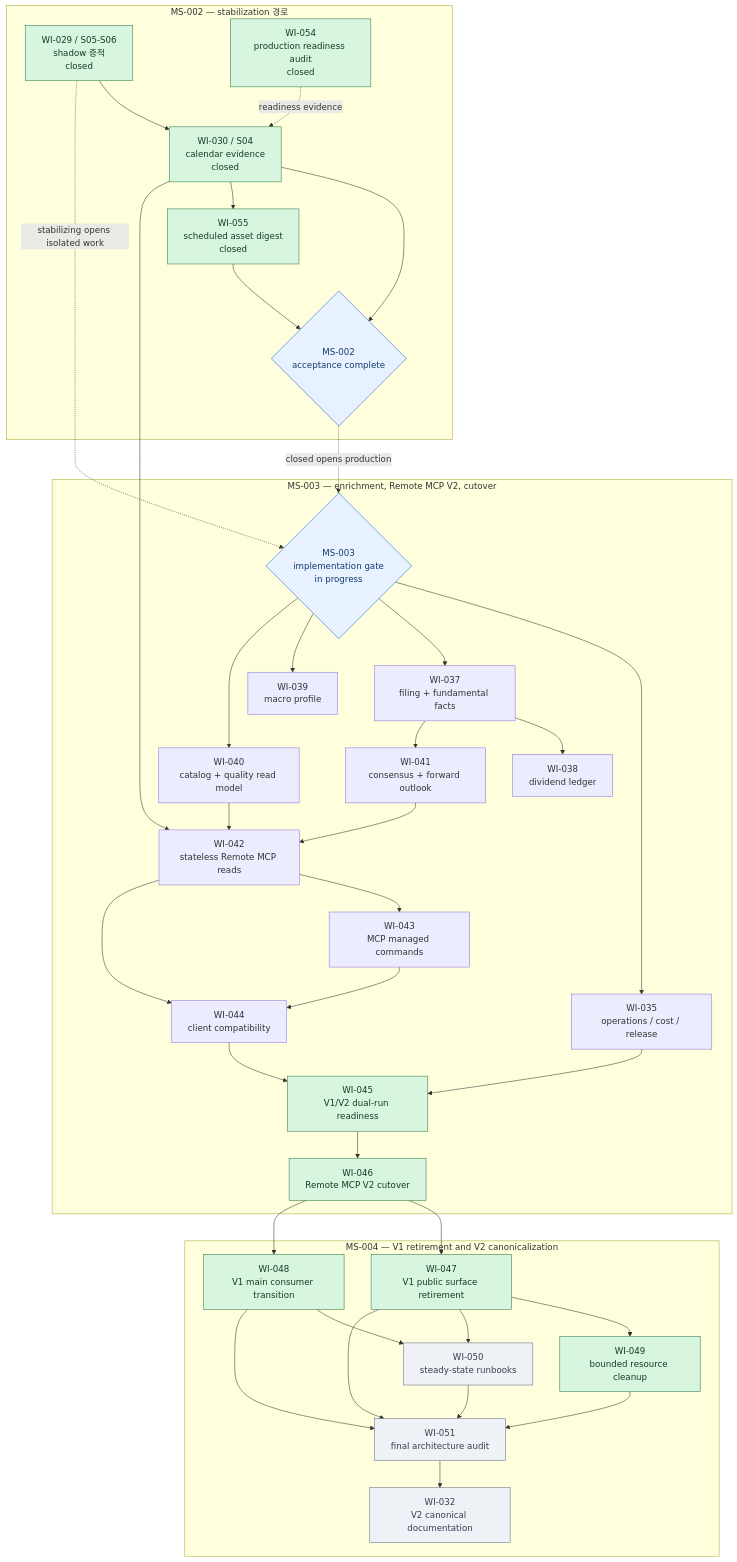
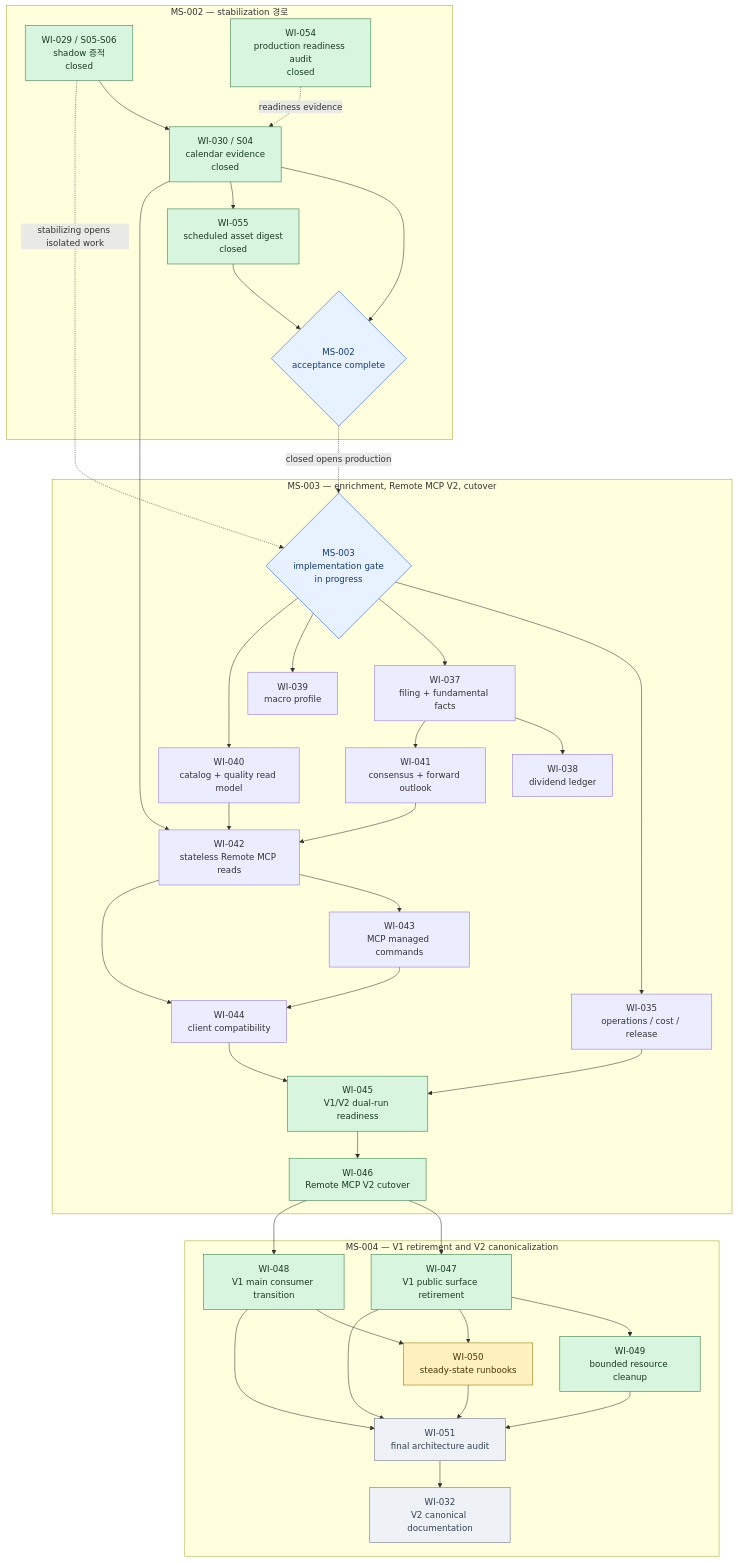
The third of 3 diagrams in docs/milestones/README.md (meringue5/KIS_Portfolio_MCP), drawn with Mermaid before and after one commit. The commit also changed other lines of this file and 3 other files, not shown here.

````diff
--- a/docs/milestones/README.md
+++ b/docs/milestones/README.md
@@ -142,80 +142,81 @@
 ```mermaid
 flowchart TB
     subgraph M2["MS-002 — stabilization 경로"]
         W29["WI-029 / S05-S06<br/>shadow 증적<br/>closed"]
         W30["WI-030 / S04<br/>calendar evidence<br/>closed"]
         W54["WI-054<br/>production readiness audit<br/>closed"]
         W55["WI-055<br/>scheduled asset digest<br/>closed"]
         M2DONE{"MS-002<br/>acceptance complete"}
         W29 --> W30 --> M2DONE
         W30 --> W55 --> M2DONE
         W54 -. readiness evidence .-> W30
     end
 
     subgraph M3["MS-003 — enrichment, Remote MCP V2, cutover"]
         M3OPEN{"MS-003<br/>implementation gate<br/>in progress"}
         W35["WI-035<br/>operations / cost / release"]
         W37["WI-037<br/>filing + fundamental facts"]
         W38["WI-038<br/>dividend ledger"]
         W39["WI-039<br/>macro profile"]
         W40["WI-040<br/>catalog + quality read model"]
         W41["WI-041<br/>consensus + forward outlook"]
         W42["WI-042<br/>stateless Remote MCP reads"]
         W43["WI-043<br/>MCP managed commands"]
         W44["WI-044<br/>client compatibility"]
         W45["WI-045<br/>V1/V2 dual-run readiness"]
         W46["WI-046<br/>Remote MCP V2 cutover"]
 
         M3OPEN --> W35
         M3OPEN --> W37
         M3OPEN --> W39
         M3OPEN --> W40
         W37 --> W38
         W37 --> W41
         W30 --> W42
         W40 --> W42
         W41 --> W42
         W42 --> W43
         W42 --> W44
         W43 --> W44
         W35 --> W45
         W44 --> W45 --> W46
     end
 
     subgraph M4["MS-004 — V1 retirement and V2 canonicalization"]
         W47["WI-047<br/>V1 public surface retirement"]
         W48["WI-048<br/>V1 main consumer transition"]
         W49["WI-049<br/>bounded resource cleanup"]
         W50["WI-050<br/>steady-state runbooks"]
         W51["WI-051<br/>final architecture audit"]
         W32["WI-032<br/>V2 canonical documentation"]
 
         W46 --> W47
         W46 --> W48
         W47 --> W49
         W47 --> W50
         W48 --> W50
         W47 --> W51
         W48 --> W51
         W49 --> W51
         W50 --> W51
         W51 --> W32
     end
 
     W29 -. stabilizing opens isolated work .-> M3OPEN
     M2DONE -. closed opens production .-> M3OPEN
 
     classDef active fill:#fff1bf,stroke:#9a6b00,color:#4b3500;
     classDef closed fill:#d7f5df,stroke:#2d7a46,color:#173b24;
     classDef ready fill:#e8f1ff,stroke:#175cd3,color:#123b72;
     classDef blocked fill:#fde2e2,stroke:#b42318,color:#5b1712;
     classDef proposed fill:#eef1f5,stroke:#667085,color:#344054;
     classDef gate fill:#e8f1ff,stroke:#175cd3,color:#123b72;
     class W29,W30,W54,W55 closed;
     class W35,W40 verified;
     class W37,W38,W39,W41,W42,W43,W44 verified;
     class W45 closed;
     class W46,W47,W48,W49 closed;
-    class W50,W51,W32 proposed;
+    class W50 active;
+    class W51,W32 proposed;
     class M2DONE,M3OPEN gate;
 ```
````
